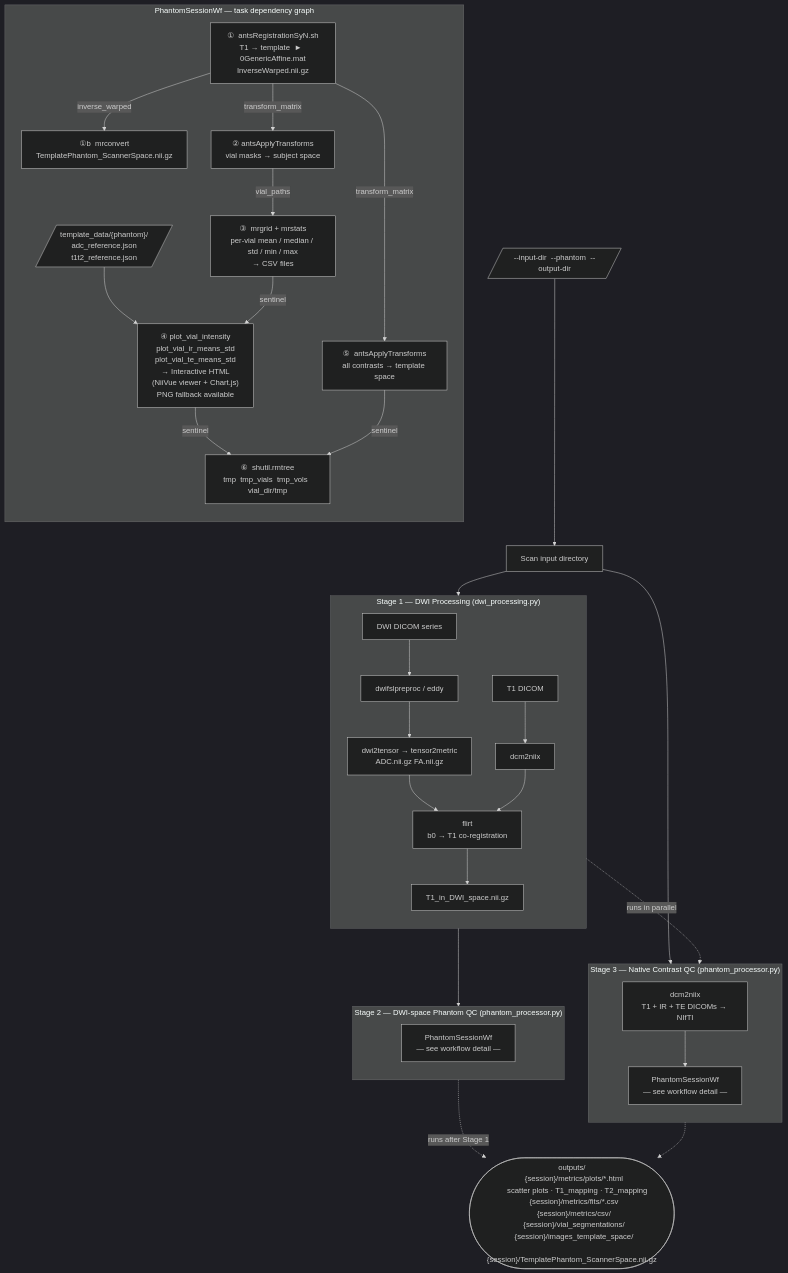
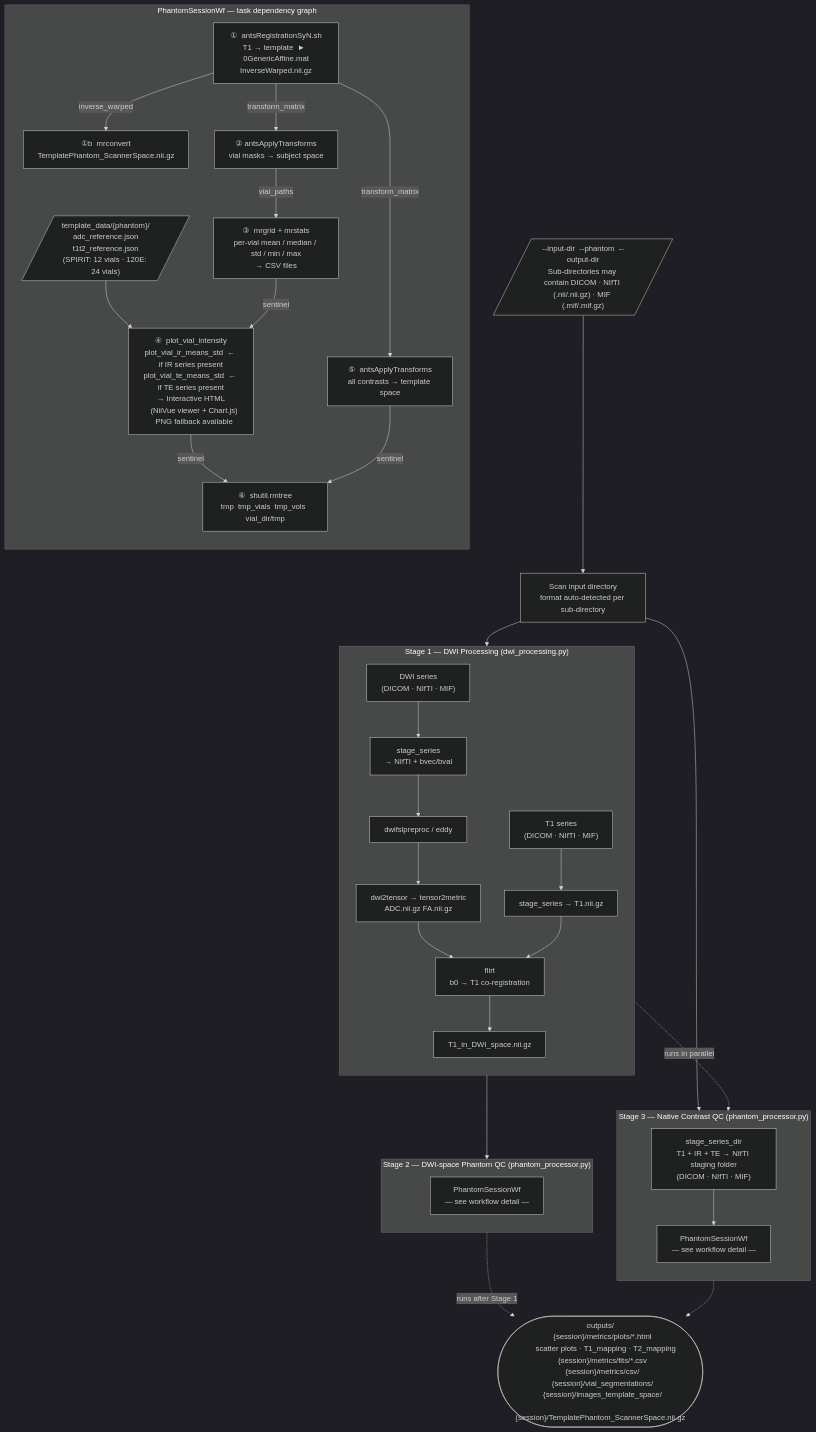
Before and after one commit to Australian-Imaging-Service/phantomkit: the diagram in phantomkit/flowchart.md, drawn with Mermaid (dark theme). The commit also changed 3 other files, not shown here.

````diff
--- a/phantomkit/flowchart.md
+++ b/phantomkit/flowchart.md
@@ -1,54 +1,55 @@
 ```mermaid
 flowchart TD
-    INPUT[/"--input-dir  --phantom  --output-dir"/]
+    INPUT[/"--input-dir  --phantom  --output-dir<br/>Sub-directories may contain DICOM · NIfTI (.nii/.nii.gz) · MIF (.mif/.mif.gz)"/]
 
-    INPUT --> SCAN[Scan input directory]
+    INPUT --> SCAN["Scan input directory<br/>format auto-detected per sub-directory"]
     SCAN --> S1
     SCAN --> S3
 
     subgraph S1["Stage 1 — DWI Processing (dwi_processing.py)"]
         direction TB
-        DWI_IN[DWI DICOM series] --> PREPROC[dwifslpreproc / eddy]
-        T1_IN[T1 DICOM] --> DCM2NIIX1[dcm2niix]
+        DWI_IN["DWI series<br/>(DICOM · NIfTI · MIF)"] --> STAGE1["stage_series<br/>→ NIfTI + bvec/bval"]
+        T1_IN["T1 series<br/>(DICOM · NIfTI · MIF)"] --> STAGE1T1["stage_series → T1.nii.gz"]
+        STAGE1 --> PREPROC[dwifslpreproc / eddy]
         PREPROC --> TENSOR["dwi2tensor → tensor2metric<br/>ADC.nii.gz  FA.nii.gz"]
         TENSOR --> FLIRT["flirt<br/>b0 → T1 co-registration"]
-        DCM2NIIX1 --> FLIRT
+        STAGE1T1 --> FLIRT
         FLIRT --> T1DWI[T1_in_DWI_space.nii.gz]
     end
 
     subgraph S3["Stage 3 — Native Contrast QC (phantom_processor.py)"]
         direction TB
-        DCM2NIIX3["dcm2niix<br/>T1 + IR + TE DICOMs → NIfTI"]
-        DCM2NIIX3 --> WF3["PhantomSessionWf<br/>— see workflow detail —"]
+        STAGE3["stage_series_dir<br/>T1 + IR + TE → NIfTI staging folder<br/>(DICOM · NIfTI · MIF)"]
+        STAGE3 --> WF3["PhantomSessionWf<br/>— see workflow detail —"]
     end
 
     T1DWI --> S2
 
     subgraph S2["Stage 2 — DWI-space Phantom QC (phantom_processor.py)"]
         direction TB
         WF2["PhantomSessionWf<br/>— see workflow detail —"]
     end
 
     subgraph WF["PhantomSessionWf — task dependency graph"]
         direction TB
         REG["①  antsRegistrationSyN.sh<br/>T1 → template  ►  0GenericAffine.mat<br/>InverseWarped.nii.gz"]
 
         REG -->|inverse_warped| SAVE["①b  mrconvert<br/>TemplatePhantom_ScannerSpace.nii.gz"]
         REG -->|transform_matrix| VIALS["②  antsApplyTransforms<br/>vial masks → subject space"]
         REG -->|transform_matrix| FWDXFM["⑤  antsApplyTransforms<br/>all contrasts → template space"]
 
         VIALS -->|vial_paths| METRICS["③  mrgrid + mrstats<br/>per-vial mean / median / std / min / max<br/>→ CSV files"]
-        REFDATA[/"template_data/{phantom}/<br/>adc_reference.json<br/>t1t2_reference.json"/]
+        REFDATA[/"template_data/{phantom}/<br/>adc_reference.json<br/>t1t2_reference.json<br/>(SPIRIT: 12 vials · 120E: 24 vials)"/]
         REFDATA --> PLOTS
-        METRICS -->|sentinel| PLOTS["④  plot_vial_intensity<br/>plot_vial_ir_means_std<br/>plot_vial_te_means_std<br/>→ Interactive HTML<br/>   (NiiVue viewer + Chart.js)<br/>   PNG fallback available"]
+        METRICS -->|sentinel| PLOTS["④  plot_vial_intensity<br/>plot_vial_ir_means_std  ← if IR series present<br/>plot_vial_te_means_std  ← if TE series present<br/>→ Interactive HTML<br/>   (NiiVue viewer + Chart.js)<br/>   PNG fallback available"]
 
         PLOTS -->|sentinel| CLEANUP["⑥  shutil.rmtree<br/>tmp  tmp_vials  tmp_vols  vial_dir/tmp"]
         FWDXFM -->|sentinel| CLEANUP
     end
 
     S1 -.->|"runs in parallel"| S3
     S2 -.->|"runs after Stage 1"| DONE
     S3 -.-> DONE
 
     DONE(["outputs/<br/>  {session}/metrics/plots/*.html<br/>     scatter plots · T1_mapping · T2_mapping<br/>  {session}/metrics/fits/*.csv<br/>  {session}/metrics/csv/<br/>  {session}/vial_segmentations/<br/>  {session}/images_template_space/<br/>  {session}/TemplatePhantom_ScannerSpace.nii.gz"])
 ```
````
